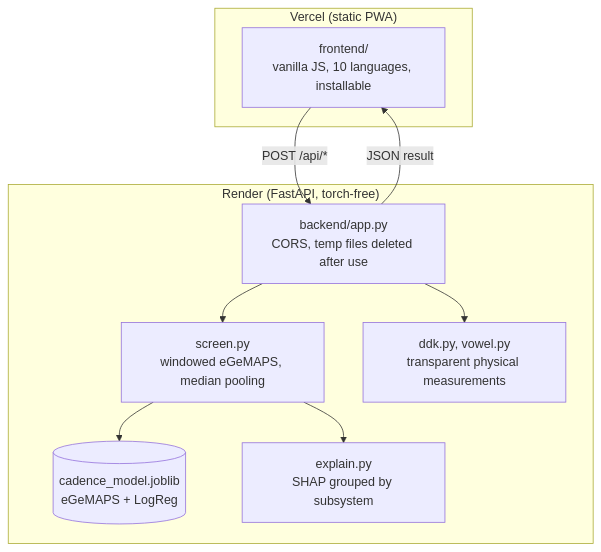
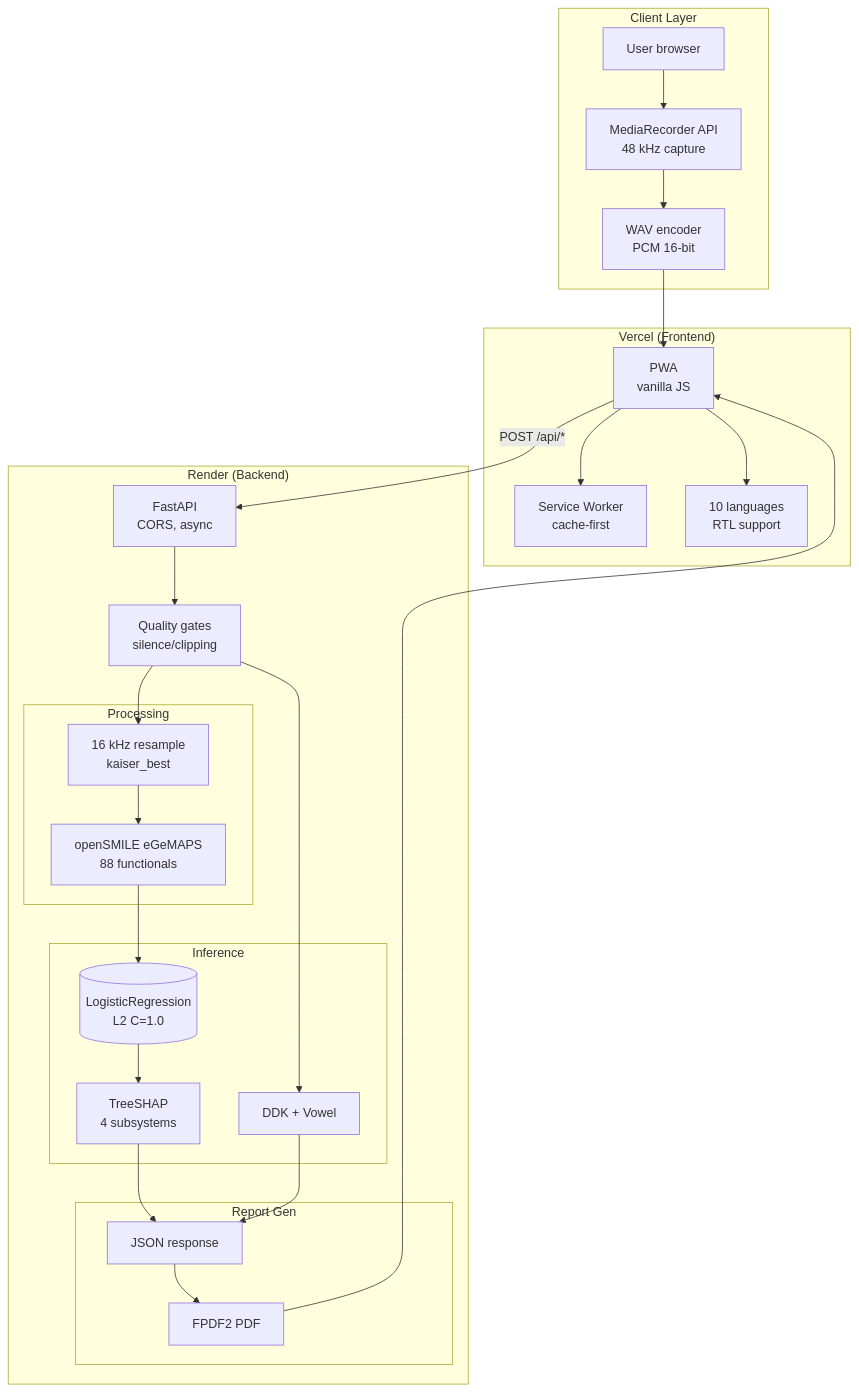
Before and after one commit to ahammadshawki8/CADENCE: the third of 4 diagrams in DEVPOST.md, drawn with Mermaid. The commit also changed other lines of this file and 36 other files, not shown here.

````diff
--- a/DEVPOST.md
+++ b/DEVPOST.md
@@ -125,17 +208,53 @@
 ```mermaid
 flowchart TD
-    subgraph Vercel["Vercel (static PWA)"]
-        FE["frontend/<br/>vanilla JS, 10 languages, installable"]
+    subgraph Client["Client Layer"]
+        USER["User browser"]
+        MIC["MediaRecorder API<br/>48 kHz capture"]
+        WAV["WAV encoder<br/>PCM 16-bit"]
     end
-    subgraph Render["Render (FastAPI, torch-free)"]
-        API["backend/app.py<br/>CORS, temp files deleted after use"]
-        SCR["screen.py<br/>windowed eGeMAPS, median pooling"]
-        DDK["ddk.py, vowel.py<br/>transparent physical measurements"]
-        MODEL[("cadence_model.joblib<br/>eGeMAPS + LogReg")]
-        EXP["explain.py<br/>SHAP grouped by subsystem"]
+    
+    subgraph Vercel["Vercel (Frontend)"]
+        FE["PWA<br/>vanilla JS"]
+        SW["Service Worker<br/>cache-first"]
+        I18N["10 languages<br/>RTL support"]
     end
-    FE -->|"POST /api/*"| API --> SCR --> MODEL
-    SCR --> EXP
-    API --> DDK
-    API -->|"JSON result"| FE
+    
+    subgraph Render["Render (Backend)"]
+        API["FastAPI<br/>CORS, async"]
+        GATE["Quality gates<br/>silence/clipping"]
+        
+        subgraph Pipeline["Processing"]
+            RESAMP["16 kHz resample<br/>kaiser_best"]
+            EGEM["openSMILE eGeMAPS<br/>88 functionals"]
+        end
+        
+        subgraph Models["Inference"]
+            MODEL[("LogisticRegression<br/>L2 C=1.0")]
+            SHAP["TreeSHAP<br/>4 subsystems"]
+            TASKS["DDK + Vowel"]
+        end
+        
+        subgraph Output["Report Gen"]
+            JSON["JSON response"]
+            PDF["FPDF2 PDF"]
+        end
+    end
+    
+    USER --> MIC --> WAV
+    WAV --> FE
+    FE --> SW
+    FE --> I18N
+    
+    FE -->|"POST /api/*"| API
+    API --> GATE
+    GATE --> RESAMP
+    RESAMP --> EGEM
+    EGEM --> MODEL
+    MODEL --> SHAP
+    GATE --> TASKS
+    
+    SHAP --> JSON
+    TASKS --> JSON
+    JSON --> PDF
+    PDF --> FE
 ```
````
